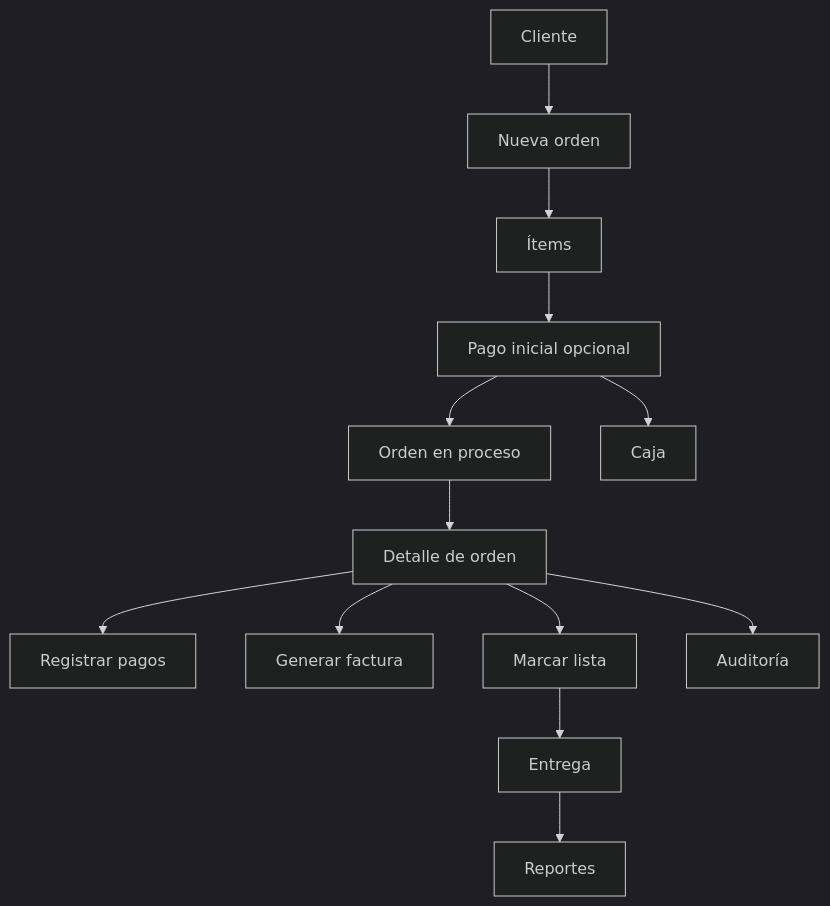
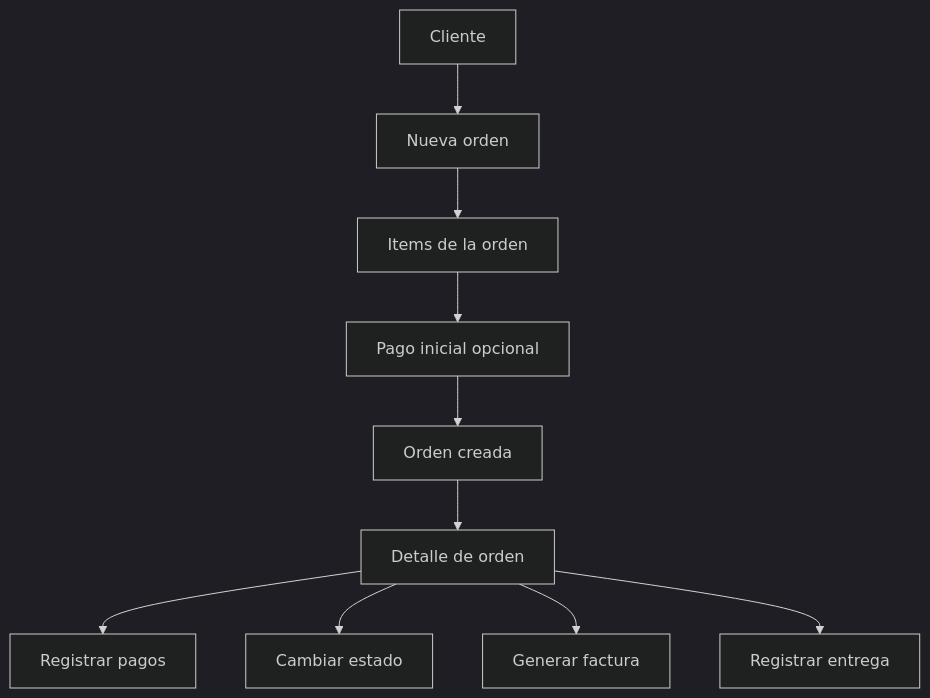
Before and after one commit to Williamddg/Lavanderia3: the fourth of 5 diagrams in DOCUMENTACION_APP.md, drawn with Mermaid (dark theme). The commit also changed other lines of this file and 1 other file, not shown here.

````diff
--- a/DOCUMENTACION_APP.md
+++ b/DOCUMENTACION_APP.md
@@ -213,15 +286,12 @@
 ```mermaid
 flowchart TD
     A[Cliente] --> B[Nueva orden]
-    B --> C[Ítems]
+    B --> C[Items de la orden]
     C --> D[Pago inicial opcional]
-    D --> E[Orden en proceso]
+    D --> E[Orden creada]
     E --> F[Detalle de orden]
     F --> G[Registrar pagos]
-    F --> H[Generar factura]
-    F --> I[Marcar lista]
-    I --> J[Entrega]
-    D --> K[Caja]
-    F --> L[Auditoría]
-    J --> M[Reportes]
+    F --> H[Cambiar estado]
+    F --> I[Generar factura]
+    F --> J[Registrar entrega]
 ```
````
